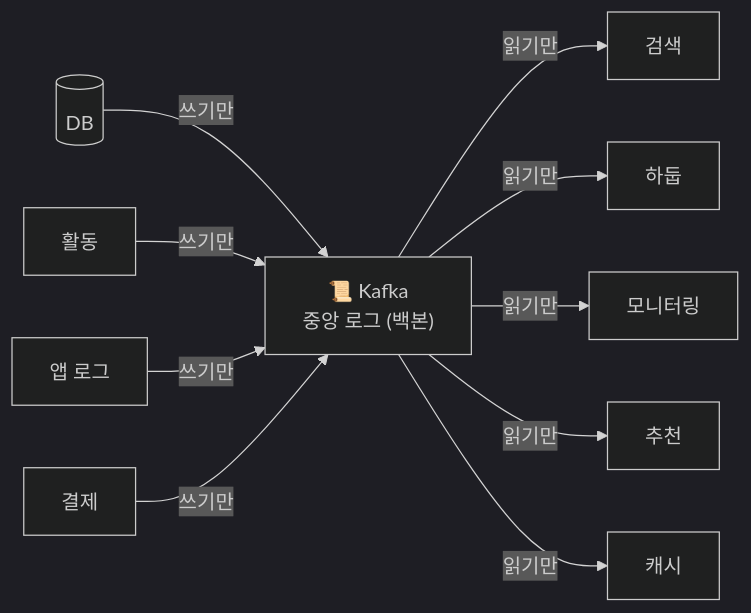
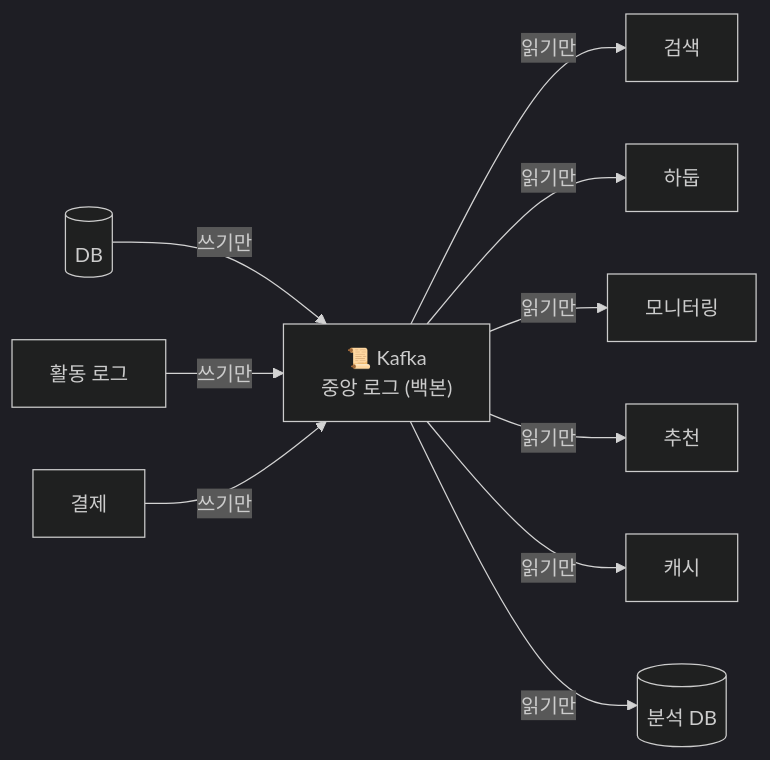
The second of 2 diagrams in docs/book/1-internals/00-prologue.md (ghtjr410/kafka-lab), drawn with Mermaid (dark theme) before and after one commit.

Commit message:
docs: 00-prologue before/after 다이어그램 노드 통일
- after(N+M)의 소스·타겟을 before(N×M)와 동일하게 맞춤
  (앱 로그 노드 제거 · "활동"→"활동 로그" 라벨 통일 · 분석 DB 타겟 복원)
- 같은 노드 위에서 가운데만 직접 배선 → Kafka 경유로 달라져
  "구성은 그대로, 배선만 N×M→N+M" 대비가 1:1로 살아남

````diff
--- a/docs/book/1-internals/00-prologue.md
+++ b/docs/book/1-internals/00-prologue.md
@@ -58,5 +58,5 @@
 ```mermaid
 graph LR
-    DB[(DB)] & 활동[활동] & 로그[앱 로그] & 결제[결제] -->|쓰기만| K["📜 Kafka<br/>중앙 로그 (백본)"]
-    K -->|읽기만| 검색 & 하둡 & 모니터링 & 추천 & 캐시
+    DB[(DB)] & 활동[활동 로그] & 결제[결제] -->|쓰기만| K["📜 Kafka<br/>중앙 로그 (백본)"]
+    K -->|읽기만| 검색 & 하둡 & 모니터링 & 추천 & 캐시 & DB2[(분석 DB)]
 ```
````
